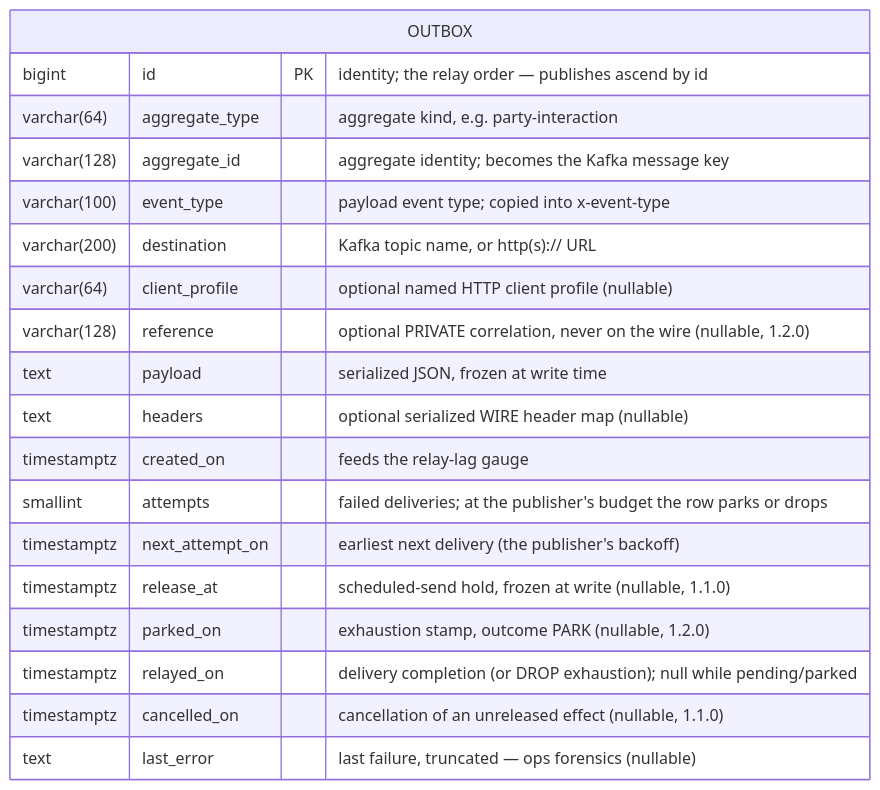
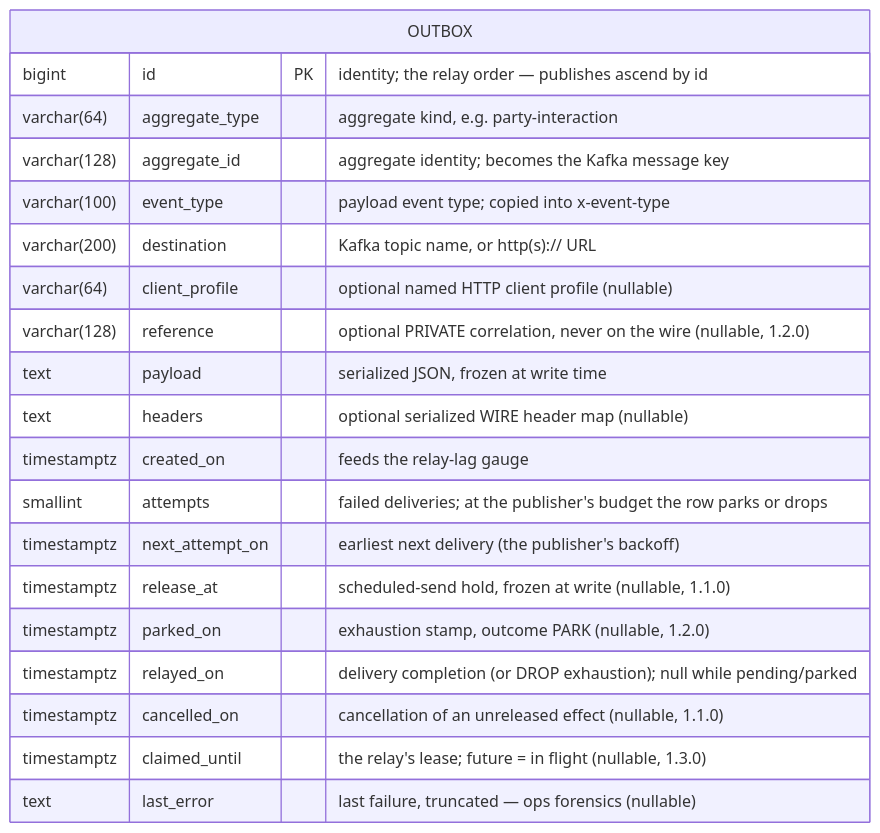
The first of 3 diagrams in README.md (opentmf/opentmf-outbox-service), drawn with Mermaid before and after one commit. The commit also changed other lines of this file and 32 other files, not shown here.

````diff
--- a/README.md
+++ b/README.md
@@ -28,22 +28,23 @@
 ```mermaid
 erDiagram
     OUTBOX {
         bigint      id              PK "identity; the relay order — publishes ascend by id"
         varchar(64) aggregate_type     "aggregate kind, e.g. party-interaction"
         varchar(128) aggregate_id      "aggregate identity; becomes the Kafka message key"
         varchar(100) event_type        "payload event type; copied into x-event-type"
         varchar(200) destination       "Kafka topic name, or http(s):// URL"
         varchar(64) client_profile     "optional named HTTP client profile (nullable)"
         varchar(128) reference         "optional PRIVATE correlation, never on the wire (nullable, 1.2.0)"
         text        payload            "serialized JSON, frozen at write time"
         text        headers            "optional serialized WIRE header map (nullable)"
         timestamptz created_on         "feeds the relay-lag gauge"
         smallint    attempts           "failed deliveries; at the publisher's budget the row parks or drops"
         timestamptz next_attempt_on    "earliest next delivery (the publisher's backoff)"
         timestamptz release_at         "scheduled-send hold, frozen at write (nullable, 1.1.0)"
         timestamptz parked_on          "exhaustion stamp, outcome PARK (nullable, 1.2.0)"
         timestamptz relayed_on         "delivery completion (or DROP exhaustion); null while pending/parked"
         timestamptz cancelled_on       "cancellation of an unreleased effect (nullable, 1.1.0)"
+        timestamptz claimed_until      "the relay's lease; future = in flight (nullable, 1.3.0)"
         text        last_error         "last failure, truncated — ops forensics (nullable)"
     }
 ```
````
